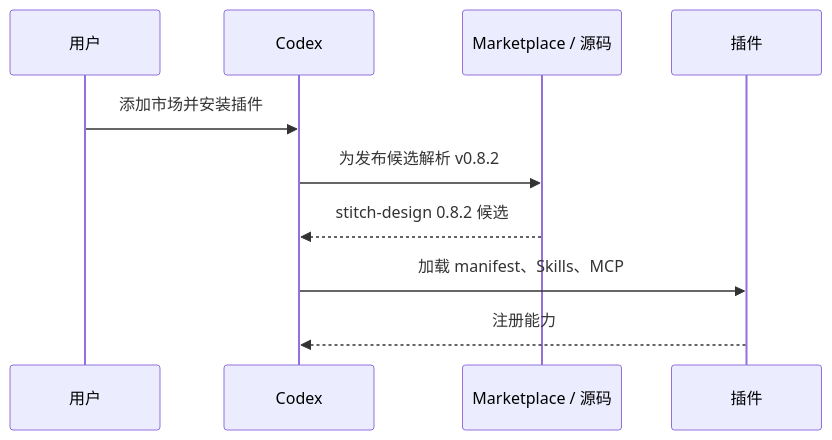
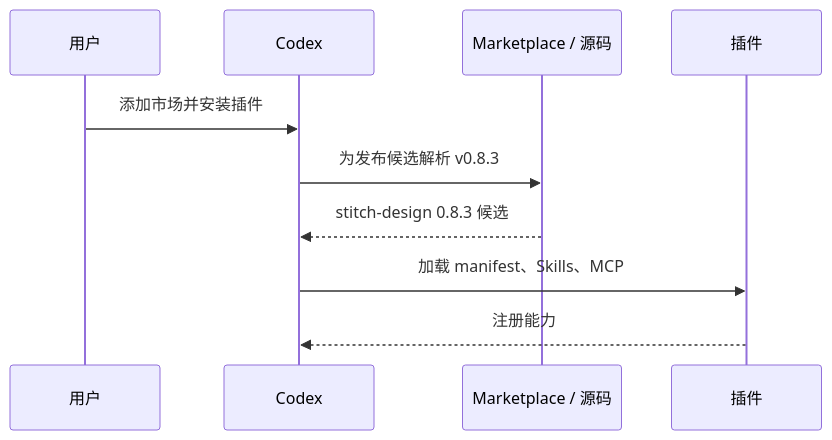
One commit to full-stack-plugins/stitch-design-plugin changed the seventh of 11 diagrams in docs/Stitch-Design-Architecture.zh_CN.md. Above: the diagram before and after it, drawn with Mermaid. The commit also changed other lines of this file and 15 other files, not shown here.

````diff
--- a/docs/Stitch-Design-Architecture.zh_CN.md
+++ b/docs/Stitch-Design-Architecture.zh_CN.md
@@ -173,12 +173,12 @@
 ```mermaid
 sequenceDiagram
     participant U as 用户
     participant C as Codex
     participant M as Marketplace / 源码
     participant P as 插件
     U->>C: 添加市场并安装插件
-    C->>M: 为发布候选解析 v0.8.2
-    M-->>C: stitch-design 0.8.2 候选
+    C->>M: 为发布候选解析 v0.8.3
+    M-->>C: stitch-design 0.8.3 候选
     C->>P: 加载 manifest、Skills、MCP
     P-->>C: 注册能力
 ```
````
